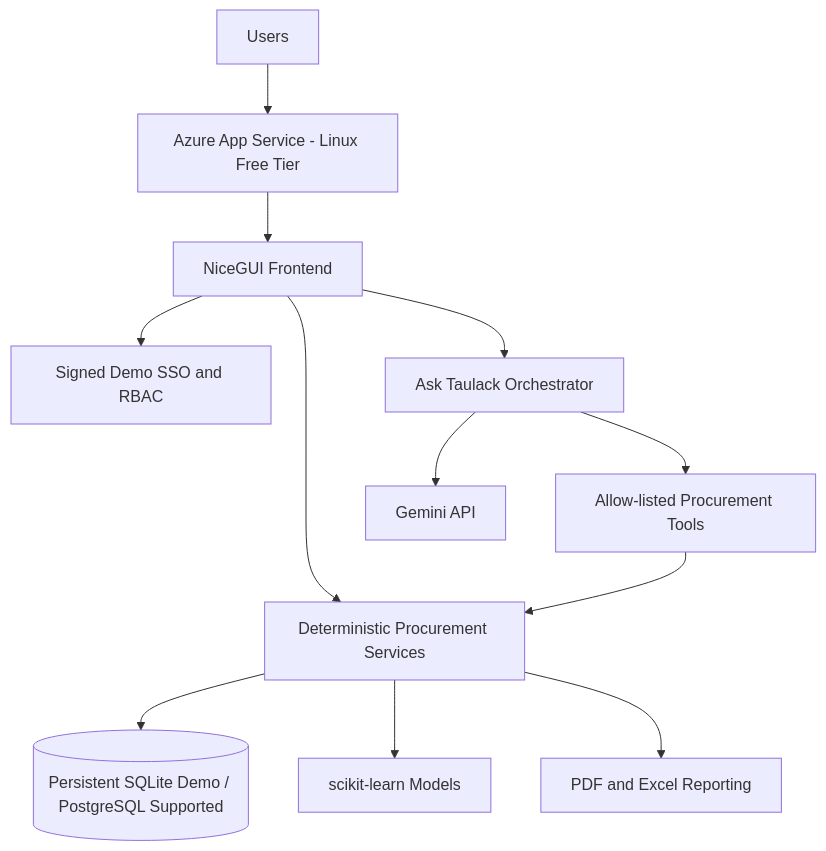
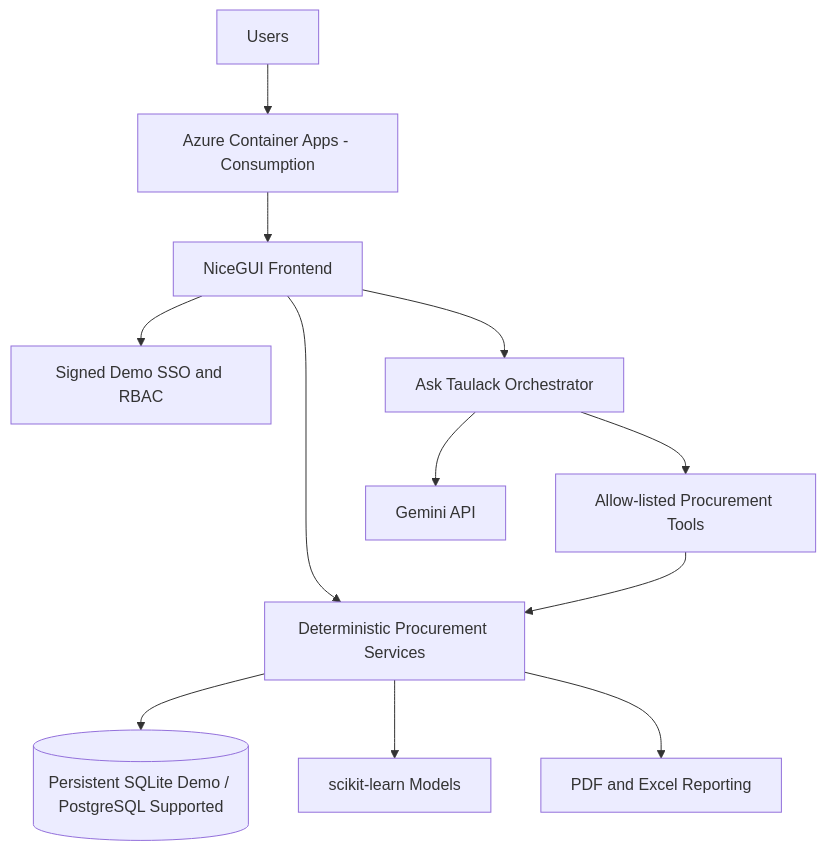
The diagram in README.md (mirza019/procureai), drawn with Mermaid before and after one commit. The commit also changed other lines of this file, not shown here.

Commit message:
Point documentation to live Azure Container App

````diff
--- a/README.md
+++ b/README.md
@@ -77,14 +77,14 @@
 ```mermaid
 flowchart TB
-    U[Users] --> AZ[Azure App Service - Linux Free Tier]
+    U[Users] --> AZ[Azure Container Apps - Consumption]
     AZ --> UI[NiceGUI Frontend]
     UI --> AUTH[Signed Demo SSO and RBAC]
     UI --> SVC[Deterministic Procurement Services]
     UI --> TAU[Ask Taulack Orchestrator]
     TAU --> TOOLS[Allow-listed Procurement Tools]
     TOOLS --> SVC
     TAU --> LLM[Gemini API]
     SVC --> DB[(Persistent SQLite Demo / PostgreSQL Supported)]
     SVC --> ML[scikit-learn Models]
     SVC --> REP[PDF and Excel Reporting]
 ```
````
